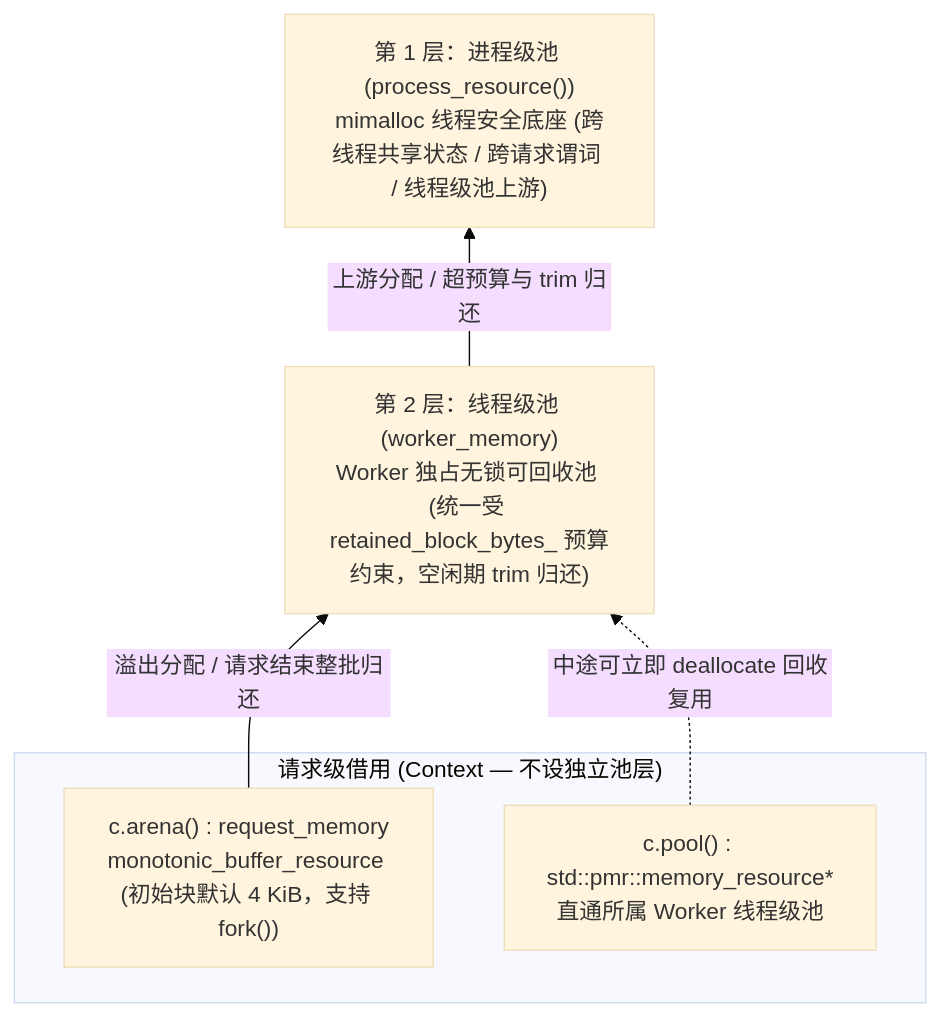
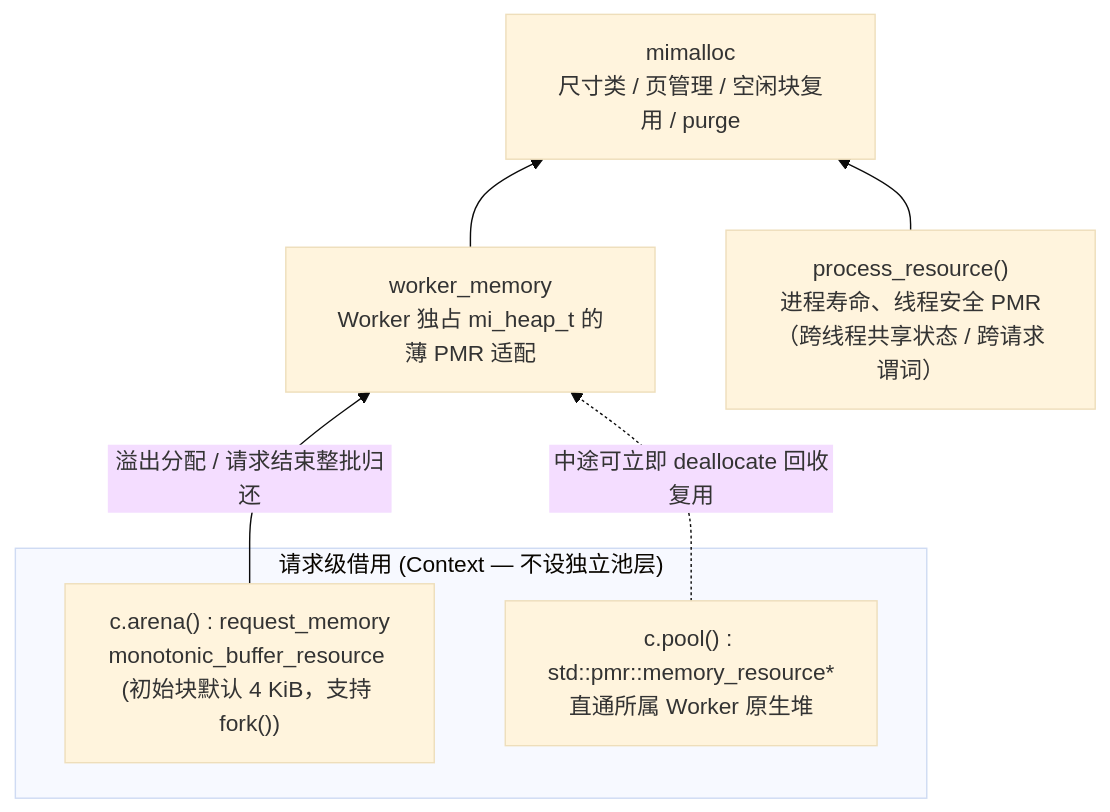
Before and after one commit to hyird/Ruvia: the second of 4 diagrams in AGENTS.md, drawn with Mermaid (base theme). The commit also changed other lines of this file and 12 other files, not shown here.

Commit message:
Simplify worker memory resource using native mimalloc heaps

````diff
--- a/AGENTS.md
+++ b/AGENTS.md
@@ -77,13 +77,15 @@
 ```mermaid
 flowchart BT
     subgraph req ["请求级借用 (Context — 不设独立池层)"]
         arena["c.arena() : request_memory<br/>monotonic_buffer_resource (初始块默认 4 KiB，支持 fork())"]
-        pool_ref["c.pool() : std::pmr::memory_resource*<br/>直通所属 Worker 线程级池"]
+        pool_ref["c.pool() : std::pmr::memory_resource*<br/>直通所属 Worker 原生堆"]
     end
-    worker["第 2 层：线程级池 (worker_memory)<br/>Worker 独占无锁可回收池 (统一受 retained_block_bytes_ 预算约束，空闲期 trim 归还)"]
-    process["第 1 层：进程级池 (process_resource())<br/>mimalloc 线程安全底座 (跨线程共享状态 / 跨请求谓词 / 线程级池上游)"]
+    worker["worker_memory<br/>Worker 独占 mi_heap_t 的薄 PMR 适配"]
+    process["process_resource()<br/>进程寿命、线程安全 PMR（跨线程共享状态 / 跨请求谓词）"]
+    allocator["mimalloc<br/>尺寸类 / 页管理 / 空闲块复用 / purge"]
 
     arena -->|"溢出分配 / 请求结束整批归还"| worker
     pool_ref -.->|"中途可立即 deallocate 回收复用"| worker
-    worker -->|"上游分配 / 超预算与 trim 归还"| process
+    worker --> allocator
+    process --> allocator
 ```
````
